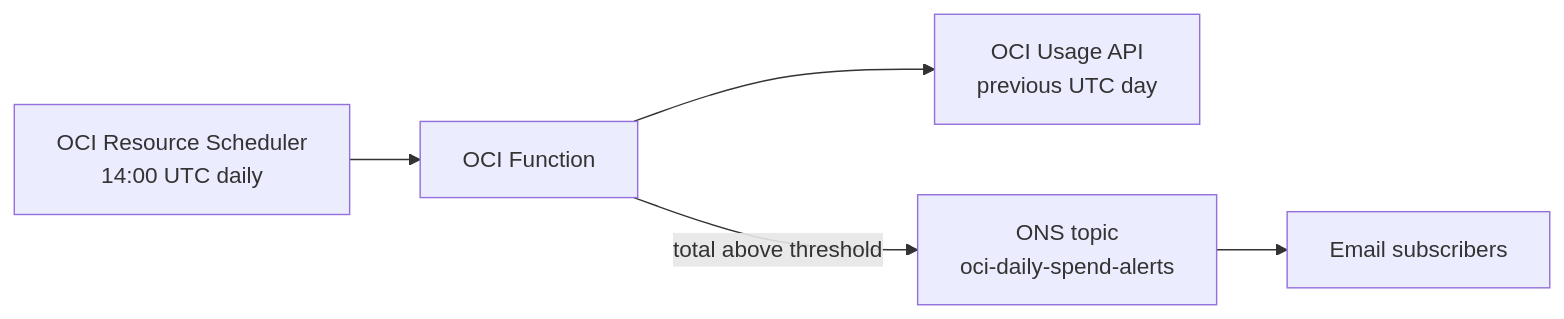
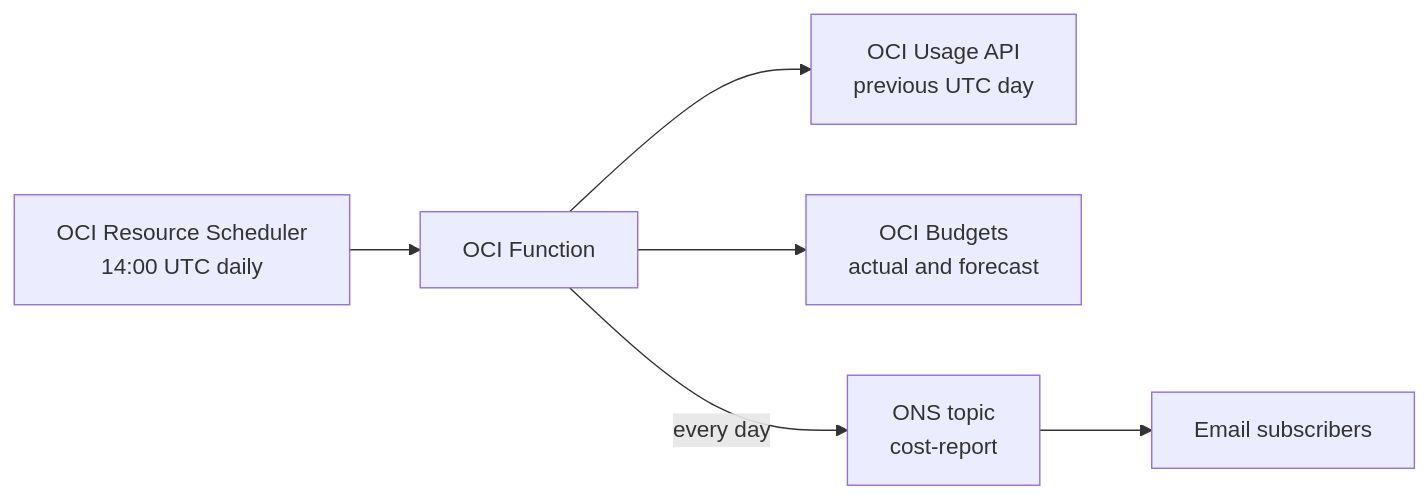
Before and after one commit to F1R3FLY-io/f1r3node-rust: the diagram in oci/spend-alert/README.md, drawn with Mermaid. The commit also changed other lines of this file and 3 other files, not shown here.

First line of the commit message:
feat(oci): send a daily cost report instead of an over-threshold alert

````diff
--- a/oci/spend-alert/README.md
+++ b/oci/spend-alert/README.md
@@ -5,7 +5,8 @@
 ```mermaid
 flowchart LR
     RS[OCI Resource Scheduler<br/>14:00 UTC daily] --> FN[OCI Function]
     FN --> U[OCI Usage API<br/>previous UTC day]
-    FN -->|total above threshold| ONS[ONS topic<br/>oci-daily-spend-alerts]
+    FN --> B[OCI Budgets<br/>actual and forecast]
+    FN -->|every day| ONS[ONS topic<br/>cost-report]
     ONS --> E[Email subscribers]
 ```
````
